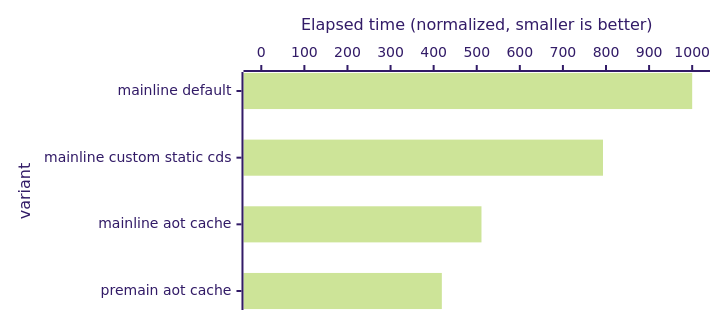
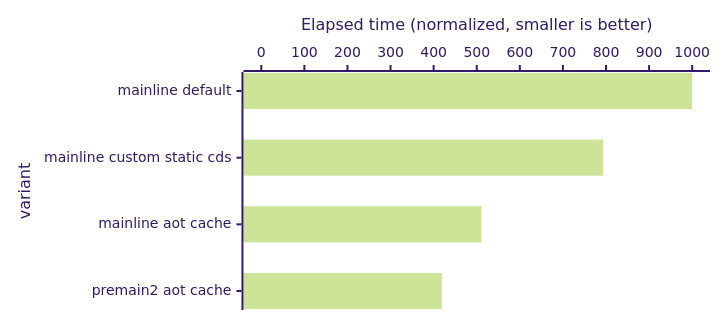
Before and after one commit to openjdk/leyden: the second of 12 diagrams in benchmarks/README.md, drawn with Mermaid. The commit also changed other lines of this file, not shown here.

Commit message:
(1) Added version info about benchmarks; (2) Use "premain2" in graphs when describing results

````diff
--- a/benchmarks/README.md
+++ b/benchmarks/README.md
@@ -154,13 +153,13 @@
 ```mermaid
 ---
 config:
     theme: "forest"
     xyChart:
         chartOrientation: horizontal
         height: 300
 ---
 xychart-beta
-    x-axis "variant" ["mainline default", "mainline custom static cds", "mainline aot cache", "premain aot cache"]
+    x-axis "variant" ["mainline default", "mainline custom static cds", "mainline aot cache", "premain2 aot cache"]
     y-axis "Elapsed time (normalized, smaller is better)" 0 --> 1000
     bar [1000, 793, 511, 419]
 ```
````
